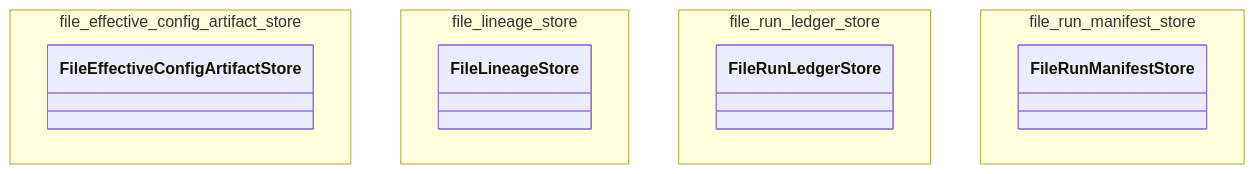
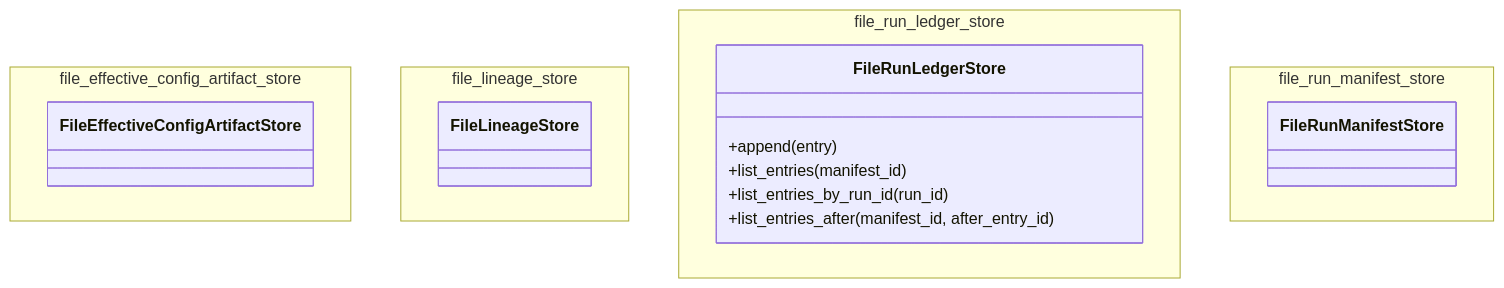
The diagram in docs/02-architecture/diagrams/class-diagrams/90-pkg-infrastructure-control-plane.mmd (SatoryKono/BioactivityDataAcquisition), drawn with Mermaid before and after one commit. The commit also changed other lines of this file and 27 other files, not shown here.

```diff
--- a/docs/02-architecture/diagrams/class-diagrams/90-pkg-infrastructure-control-plane.mmd
+++ b/docs/02-architecture/diagrams/class-diagrams/90-pkg-infrastructure-control-plane.mmd
@@ -1,26 +1,31 @@
 %% Title: Package Family: infrastructure/control_plane
 %% Covers: AST-derived supplemental package-family inventory for src/bioetl/infrastructure/control_plane; modules: file_effective_config_artifact_store, file_lineage_store, file_run_ledger_store, file_run_manifest_store.
 %% Components: top-level classes grouped by source module.
-%% @version 1.0.0
+%% @version 1.1.0
 %% @type    classDiagram
-%% @date    2026-03-27
+%% @date    2026-04-02
 %% @level   Package Family / Inventory Slice
 %% @nodes   4
 %% @reference Generated supplemental package-family diagram. Curated class-summary remains narrative-only.
 classDiagram
 
     namespace file_effective_config_artifact_store {
         class FileEffectiveConfigArtifactStore
     }
 
     namespace file_lineage_store {
         class FileLineageStore
     }
 
     namespace file_run_ledger_store {
-        class FileRunLedgerStore
+        class FileRunLedgerStore {
+            +append(entry)
+            +list_entries(manifest_id)
+            +list_entries_by_run_id(run_id)
+            +list_entries_after(manifest_id, after_entry_id)
+        }
     }
 
     namespace file_run_manifest_store {
         class FileRunManifestStore
     }
```
